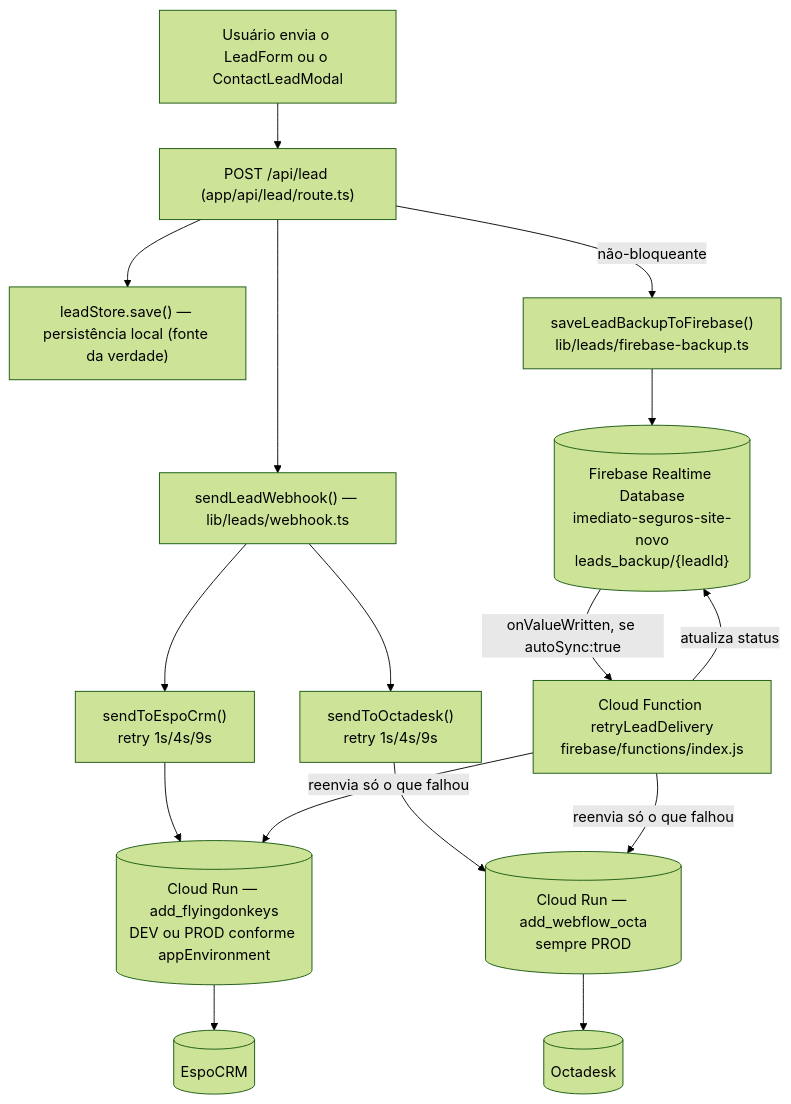
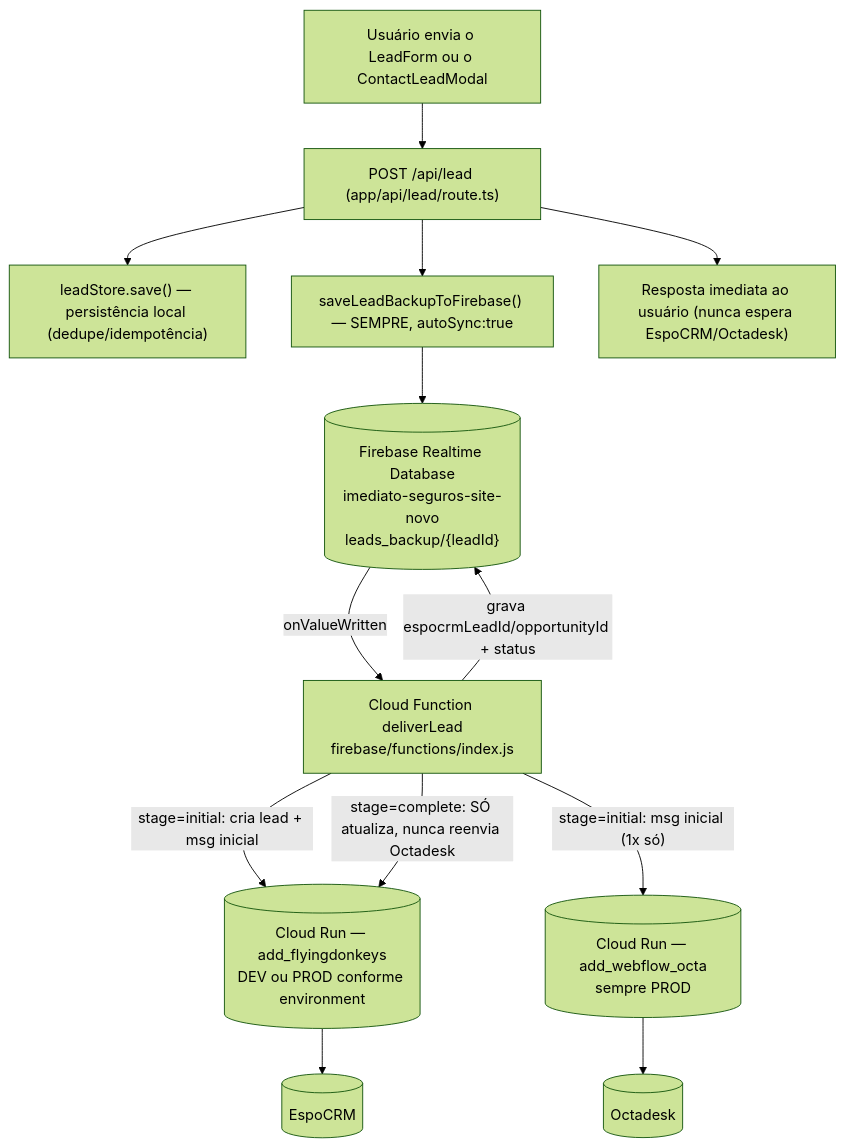
Before and after one commit to LucianoOtero/novo-site-imediato-cursor: the diagram in docs/ARQUITETURA_LEADS_FIREBASE_CLOUD_FUNCTION.md, drawn with Mermaid (forest theme). The commit also changed other lines of this file and 16 other files, not shown here.

````diff
--- a/docs/ARQUITETURA_LEADS_FIREBASE_CLOUD_FUNCTION.md
+++ b/docs/ARQUITETURA_LEADS_FIREBASE_CLOUD_FUNCTION.md
@@ -16,21 +19,22 @@
 ```mermaid
 flowchart TD
     User["Usuário envia o LeadForm ou o ContactLeadModal"] --> Api["POST /api/lead (app/api/lead/route.ts)"]
-    Api --> Store["leadStore.save() — persistência local (fonte da verdade)"]
-    Api --> Webhook["sendLeadWebhook() — lib/leads/webhook.ts"]
+    Api --> Store["leadStore.save() — persistência local (dedupe/idempotência)"]
+    Api --> Backup["saveLeadBackupToFirebase() — SEMPRE, autoSync:true"]
+    Api --> Resp["Resposta imediata ao usuário (nunca espera EspoCRM/Octadesk)"]
 
-    Webhook --> Espo["sendToEspoCrm()<br/>retry 1s/4s/9s"]
-    Webhook --> Octa["sendToOctadesk()<br/>retry 1s/4s/9s"]
-    Espo --> EspoCloudRun[("Cloud Run — add_flyingdonkeys<br/>DEV ou PROD conforme appEnvironment")]
-    Octa --> OctaCloudRun[("Cloud Run — add_webflow_octa<br/>sempre PROD")]
+    Backup --> RTDB[("Firebase Realtime Database
+imediato-seguros-site-novo
+leads_backup/{leadId}")]
+
+    RTDB -->|"onValueWritten"| CF["Cloud Function deliverLead
+firebase/functions/index.js"]
+    CF -->|"stage=initial: cria lead + msg inicial"| EspoCloudRun[("Cloud Run — add_flyingdonkeys
+DEV ou PROD conforme environment")]
+    CF -->|"stage=initial: msg inicial (1x só)"| OctaCloudRun[("Cloud Run — add_webflow_octa
+sempre PROD")]
+    CF -->|"stage=complete: SÓ atualiza, nunca reenvia Octadesk"| EspoCloudRun
     EspoCloudRun --> EspoCRM[("EspoCRM")]
     OctaCloudRun --> Octadesk[("Octadesk")]
-
-    Api -->|"não-bloqueante"| Backup["saveLeadBackupToFirebase()<br/>lib/leads/firebase-backup.ts"]
-    Backup --> RTDB[("Firebase Realtime Database<br/>imediato-seguros-site-novo<br/>leads_backup/{leadId}")]
-
-    RTDB -->|"onValueWritten, se autoSync:true"| CF["Cloud Function retryLeadDelivery<br/>firebase/functions/index.js"]
-    CF -->|"reenvia só o que falhou"| EspoCloudRun
-    CF -->|"reenvia só o que falhou"| OctaCloudRun
-    CF -->|"atualiza status"| RTDB
+    CF -->|"grava espocrmLeadId/opportunityId + status"| RTDB
 ```
````
